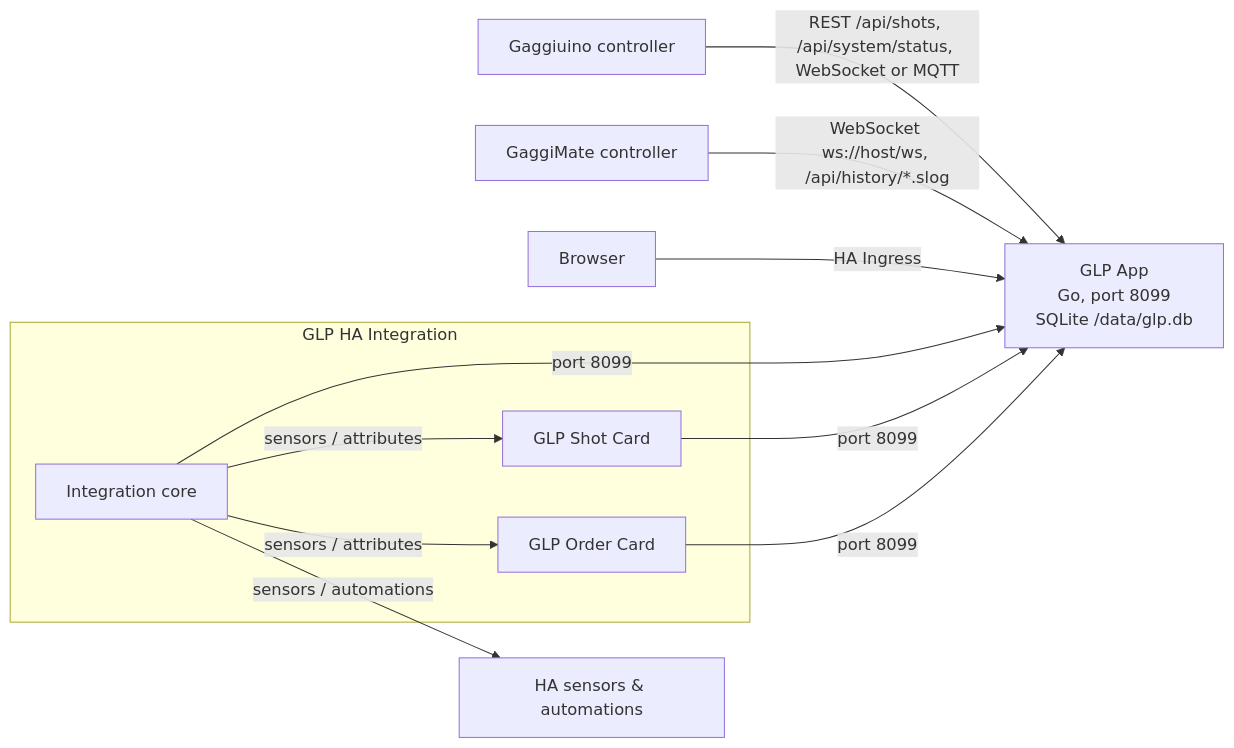
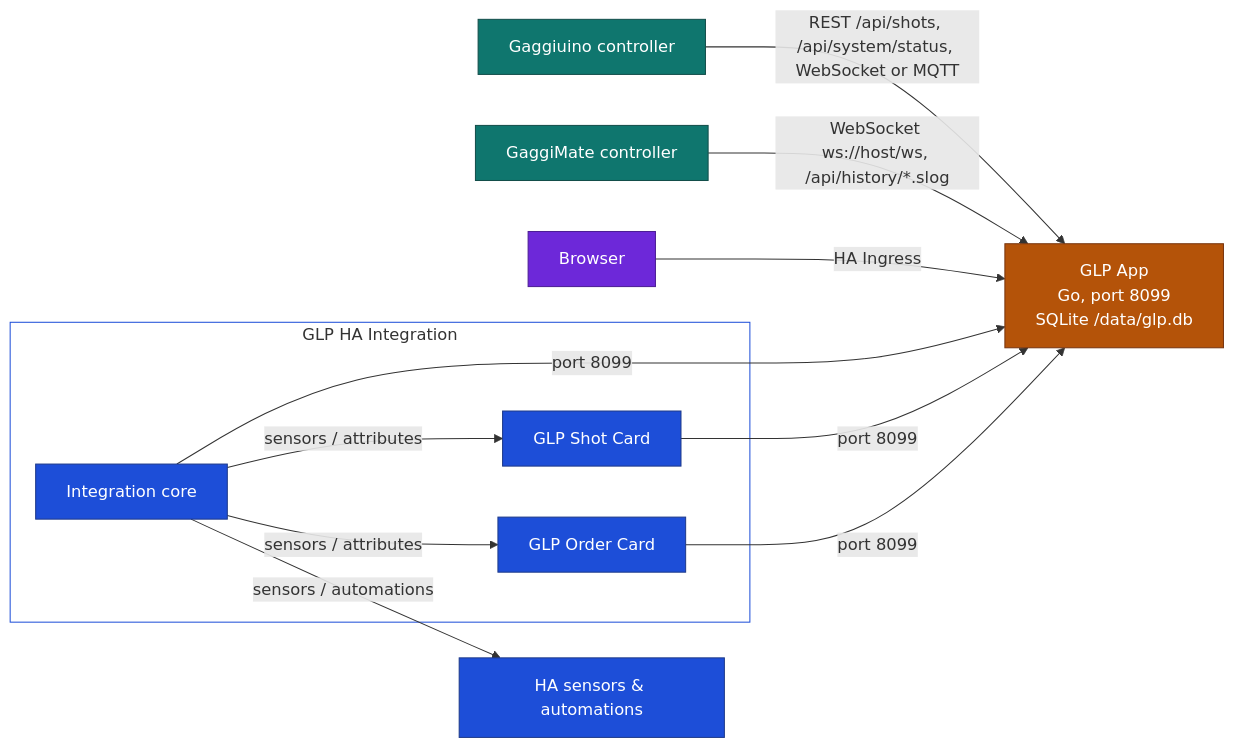
Before and after one commit to mxkissnr/gaggiuino-local-profiler: the first of 2 diagrams in README.md, drawn with Mermaid. The commit also changed other lines of this file and 1 other file, not shown here.

First line of the commit message:
docs: coloured architecture diagrams, aligned dev-stats charts, updated AI note

````diff
--- a/README.md
+++ b/README.md
@@ -232,22 +232,34 @@
 ```mermaid
 flowchart LR
   GGU["Gaggiuino controller"]
   GM["GaggiMate controller"]
   APP["GLP App<br/>Go, port 8099<br/>SQLite /data/glp.db"]
   BR["Browser"]
   HA["HA sensors & automations"]
   subgraph INTG["GLP HA Integration"]
     INT["Integration core"]
     SC["GLP Shot Card"]
     OC["GLP Order Card"]
   end
   GGU -->|"REST /api/shots, /api/system/status, WebSocket or MQTT"| APP
   GM -->|"WebSocket ws://host/ws, /api/history/*.slog"| APP
   BR -->|"HA Ingress"| APP
   INT -->|"port 8099"| APP
   INT -->|"sensors / attributes"| SC
   INT -->|"sensors / attributes"| OC
   SC -->|"port 8099"| APP
   OC -->|"port 8099"| APP
   INT -->|"sensors / automations"| HA
+
+  classDef app fill:#b45309,stroke:#78350f,color:#fff
+  classDef machine fill:#0f766e,stroke:#134e4a,color:#fff
+  classDef ha fill:#1d4ed8,stroke:#1e3a8a,color:#fff
+  classDef fe fill:#6d28d9,stroke:#4c1d95,color:#fff
+  classDef store fill:#334155,stroke:#1e293b,color:#fff
+  classDef ext fill:#4b5563,stroke:#1f2937,color:#fff
+  class APP app
+  class GGU,GM machine
+  class INT,SC,OC,HA ha
+  class BR fe
+  style INTG fill:none,stroke:#1d4ed8
 ```
````
